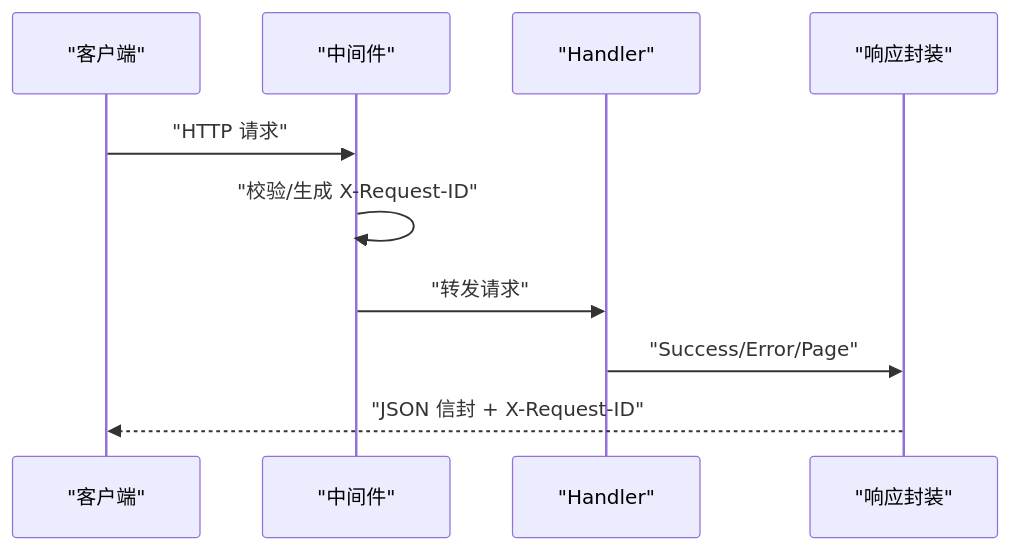
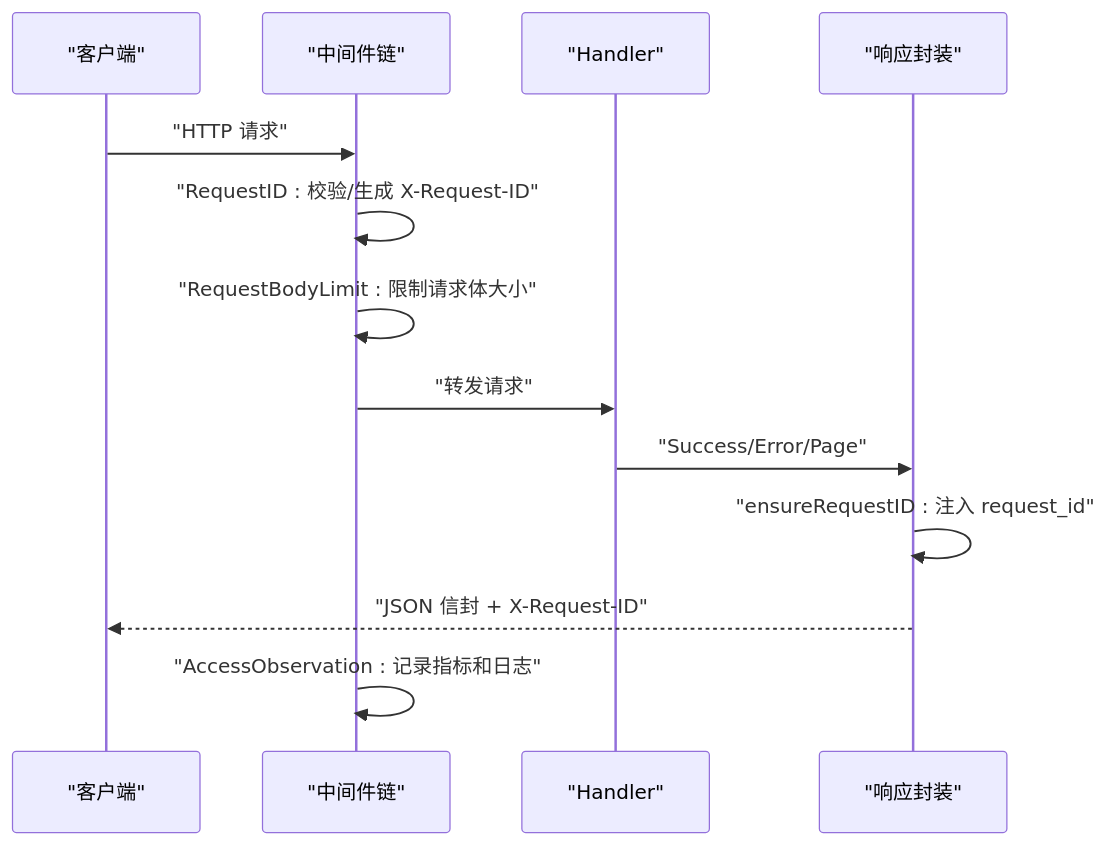
Before and after one commit to Karlsk/oryxos-go: the third of 4 diagrams in .qoder/repowiki/zh/content/Web Service API.md, drawn with Mermaid. The commit also changed other lines of this file and 50 other files, not shown here.

````diff
--- a/.qoder/repowiki/zh/content/Web Service API.md
+++ b/.qoder/repowiki/zh/content/Web Service API.md
@@ -167,12 +190,15 @@
 ```mermaid
 sequenceDiagram
 participant C as "客户端"
-participant M as "中间件"
+participant M as "中间件链"
 participant H as "Handler"
 participant R as "响应封装"
 C->>M : "HTTP 请求"
-M->>M : "校验/生成 X-Request-ID"
+M->>M : "RequestID : 校验/生成 X-Request-ID"
+M->>M : "RequestBodyLimit : 限制请求体大小"
 M->>H : "转发请求"
 H->>R : "Success/Error/Page"
+R->>R : "ensureRequestID : 注入 request_id"
 R-->>C : "JSON 信封 + X-Request-ID"
+M->>M : "AccessObservation : 记录指标和日志"
 ```
````
